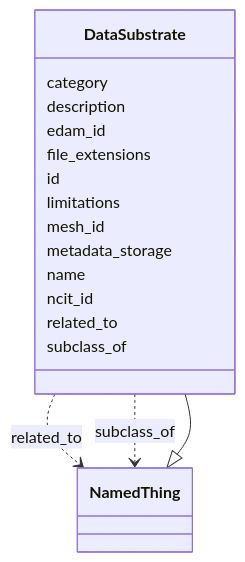
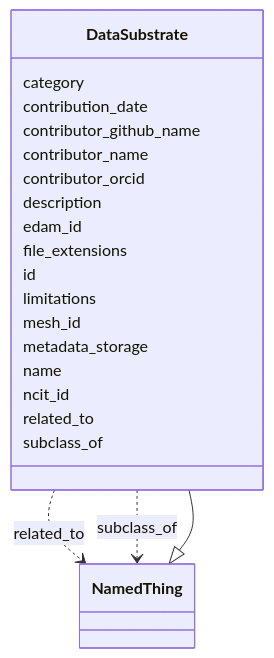
Before and after one commit to bridge2ai/standards-schemas: the diagram in docs/DataSubstrate.md, drawn with Mermaid. The commit also changed other lines of this file and 51 other files, not shown here.

````diff
--- a/docs/DataSubstrate.md
+++ b/docs/DataSubstrate.md
@@ -11,35 +11,43 @@
 ```mermaid
  classDiagram
     class DataSubstrate
       NamedThing <|-- DataSubstrate
       
       DataSubstrate : category
+        
+      DataSubstrate : contribution_date
+        
+      DataSubstrate : contributor_github_name
+        
+      DataSubstrate : contributor_name
+        
+      DataSubstrate : contributor_orcid
         
       DataSubstrate : description
         
       DataSubstrate : edam_id
         
       DataSubstrate : file_extensions
         
       DataSubstrate : id
         
       DataSubstrate : limitations
         
       DataSubstrate : mesh_id
         
       DataSubstrate : metadata_storage
         
       DataSubstrate : name
         
       DataSubstrate : ncit_id
         
       DataSubstrate : related_to
         
           DataSubstrate ..> NamedThing : related_to
         
       DataSubstrate : subclass_of
         
           DataSubstrate ..> NamedThing : subclass_of
         
       
 ```
````
